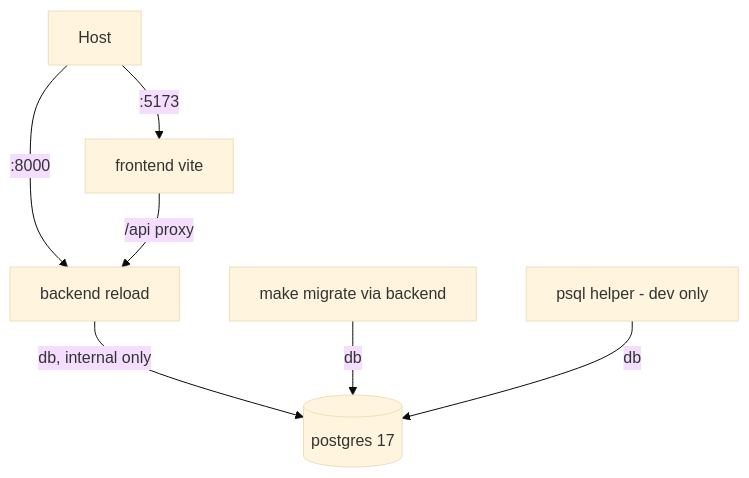
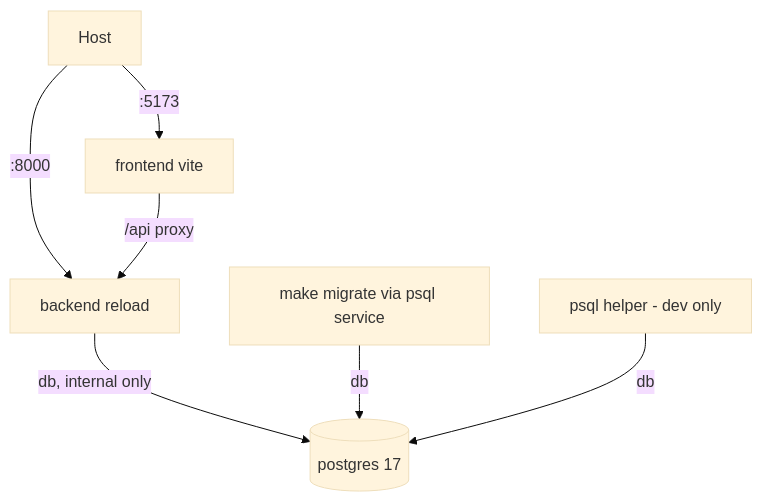
The diagram in PLAN.md (notseekeru/maxterview_website), drawn with Mermaid (base theme) before and after one commit. The commit also changed other lines of this file, not shown here.

Commit message:
ref(plan): update migration process to use psql service and clarify database access methods

````diff
--- a/PLAN.md
+++ b/PLAN.md
@@ -46,9 +46,9 @@
 ```mermaid
 graph TD
     H[Host] -->|:8000| B[backend reload]
     H -->|:5173| F[frontend vite]
     F -->|/api proxy| B
     B -->|db, internal only| P[(postgres 17)]
-    M[make migrate via backend] -->|db| P
+    M[make migrate via psql service] -->|db| P
     N[psql helper - dev only] -->|db| P
 ```
````
